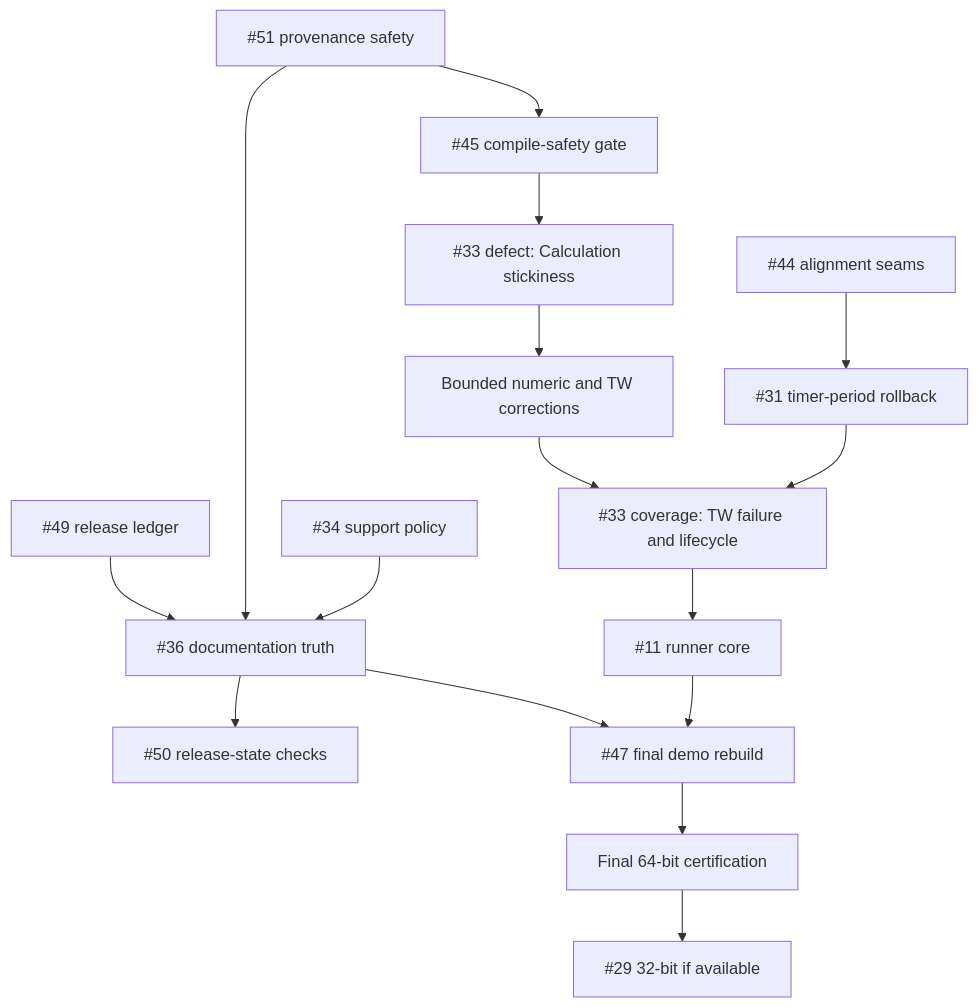
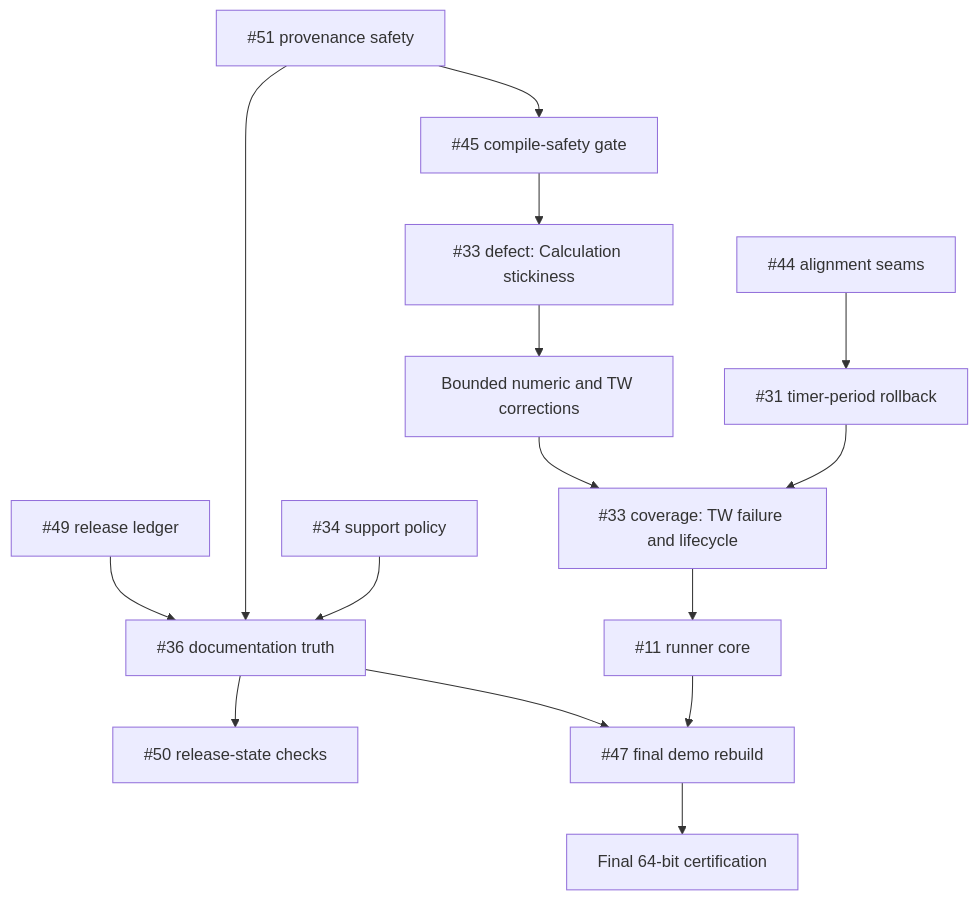
The diagram in docs/V1.4.1_IMPLEMENTATION_PLAN.md (danielep71/VBA-PERFORMANCE_MANAGER), drawn with Mermaid before and after one commit. The commit also changed other lines of this file, not shown here.

Commit message:
docs(plan): audit open issues and defer 32-bit certification (Revision 20)

````diff
--- a/docs/V1.4.1_IMPLEMENTATION_PLAN.md
+++ b/docs/V1.4.1_IMPLEMENTATION_PLAN.md
@@ -825,18 +887,17 @@
 ```mermaid
 flowchart TD
     A["#49 release ledger"] --> C["#36 documentation truth"]
     B["#51 provenance safety"] --> C
     J["#34 support policy"] --> C
     C --> D["#50 release-state checks"]
     B --> E["#45 compile-safety gate"]
     E --> N["#33 defect: Calculation stickiness"]
     N --> F["Bounded numeric and TW corrections"]
     G["#44 alignment seams"] --> H["#31 timer-period rollback"]
     F --> P["#33 coverage: TW failure and lifecycle"]
     H --> P
     P --> I["#11 runner core"]
     C --> K["#47 final demo rebuild"]
     I --> K
     K --> L["Final 64-bit certification"]
-    L --> M["#29 32-bit if available"]
 ```
````
